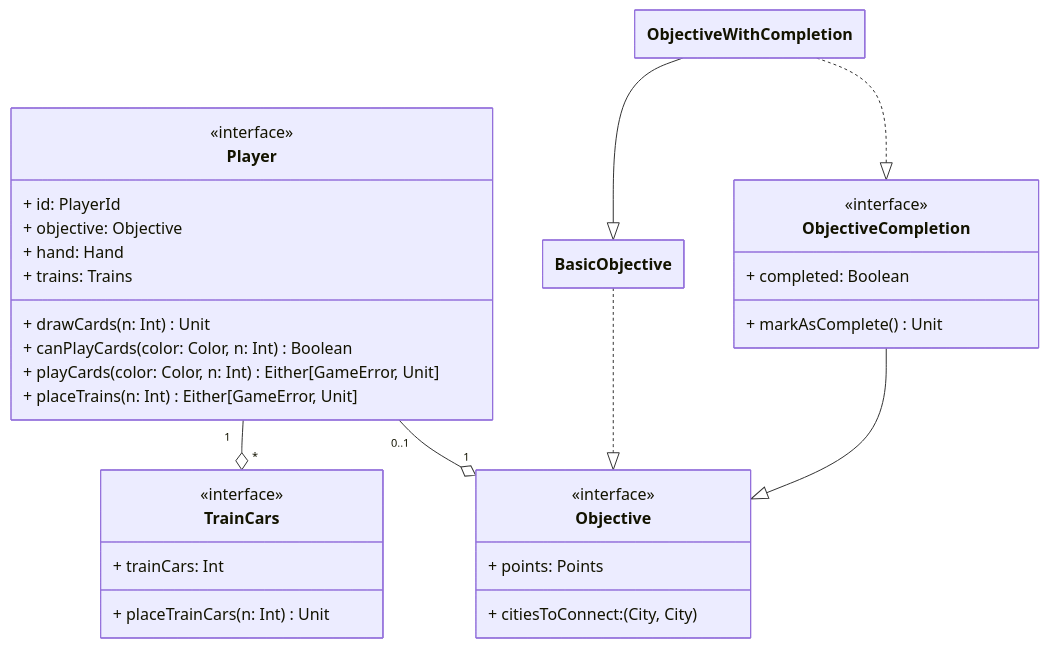
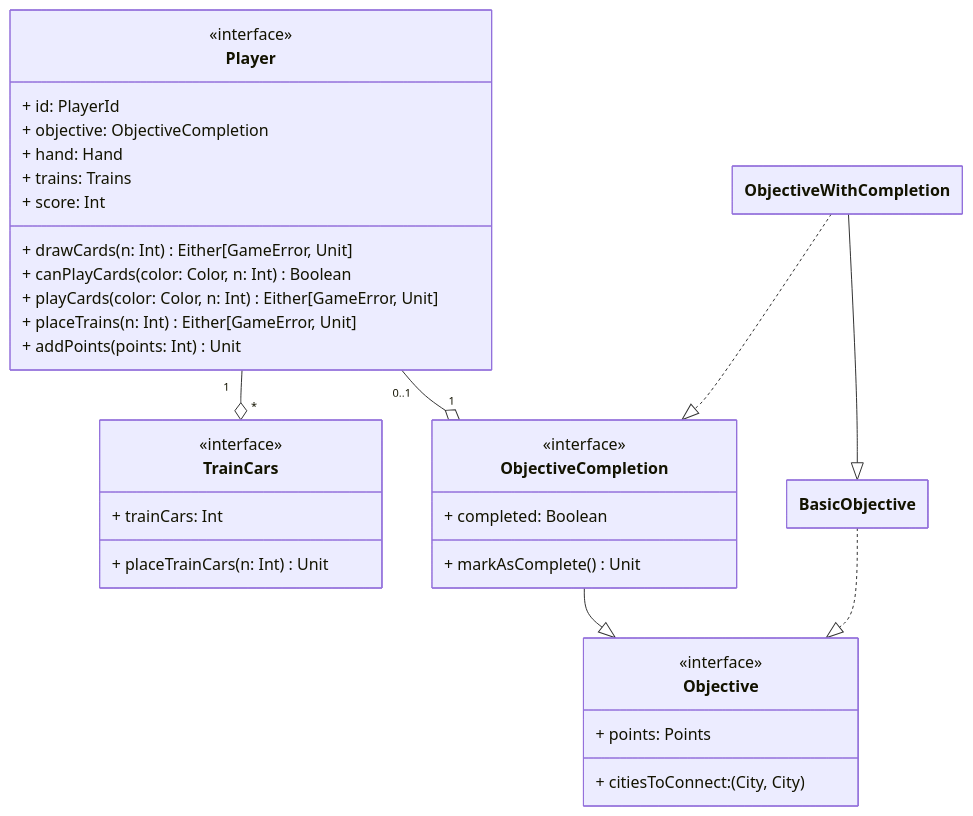
One commit to FilippoPracucci/PPS-24-ttr-scala changed the diagram in docs/player.md. Above: the diagram before and after it, drawn with Mermaid. The commit also changed other lines of this file and 1 other file, not shown here.

Commit message:
docs: update cards and player design and description

````diff
--- a/docs/player.md
+++ b/docs/player.md
@@ -22,40 +36,42 @@
 ```mermaid
 ---
 config:
   class:
     hideEmptyMembersBox: true
 ---
 classDiagram
     Player "1" --o "*" TrainCars
-    Player "0..1" --o "1" Objective
+    Player "0..1" --o "1" ObjectiveCompletion
     ObjectiveCompletion --|> Objective
     BasicObjective ..|> Objective
     ObjectiveWithCompletion --|> BasicObjective
     ObjectiveWithCompletion ..|> ObjectiveCompletion
     class Player {
         <<interface>>
         + id: PlayerId
-        + objective: Objective
+        + objective: ObjectiveCompletion
         + hand: Hand
         + trains: Trains
-        + drawCards(n: Int) Unit
+        + score: Int
+        + drawCards(n: Int) Either[GameError, Unit]
         + canPlayCards(color: Color, n: Int) Boolean
         + playCards(color: Color, n: Int) Either[GameError, Unit]
         + placeTrains(n: Int) Either[GameError, Unit]
+        + addPoints(points: Int) Unit
     }
     class TrainCars {
         <<interface>>
         + trainCars: Int
         + placeTrainCars(n: Int) Unit
     }
     class Objective {
         <<interface>>
         + citiesToConnect: (City, City)
         + points: Points
     }
     class ObjectiveCompletion {
         <<interface>>
         + completed: Boolean
         + markAsComplete() Unit
     }
 ```
````
